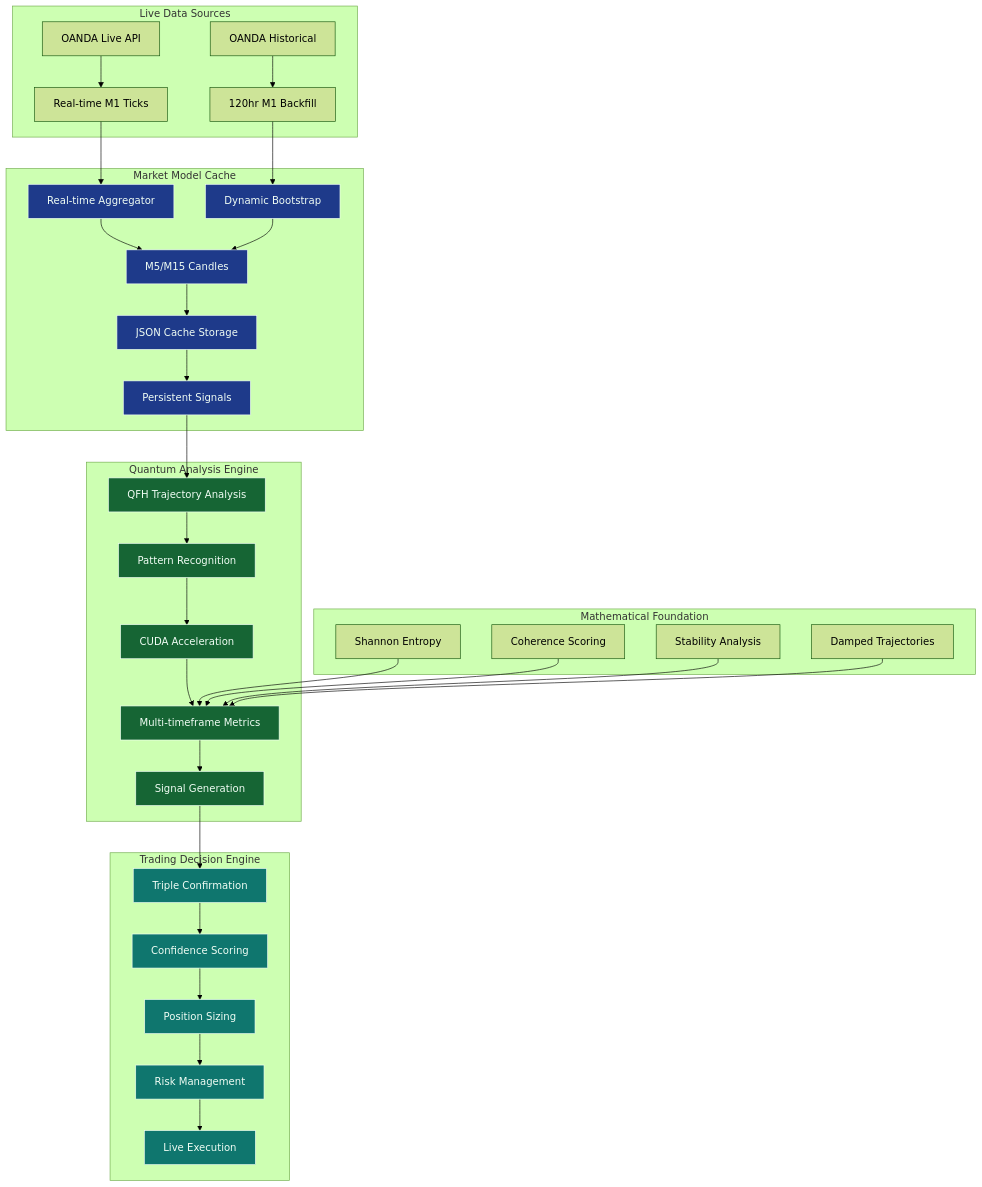
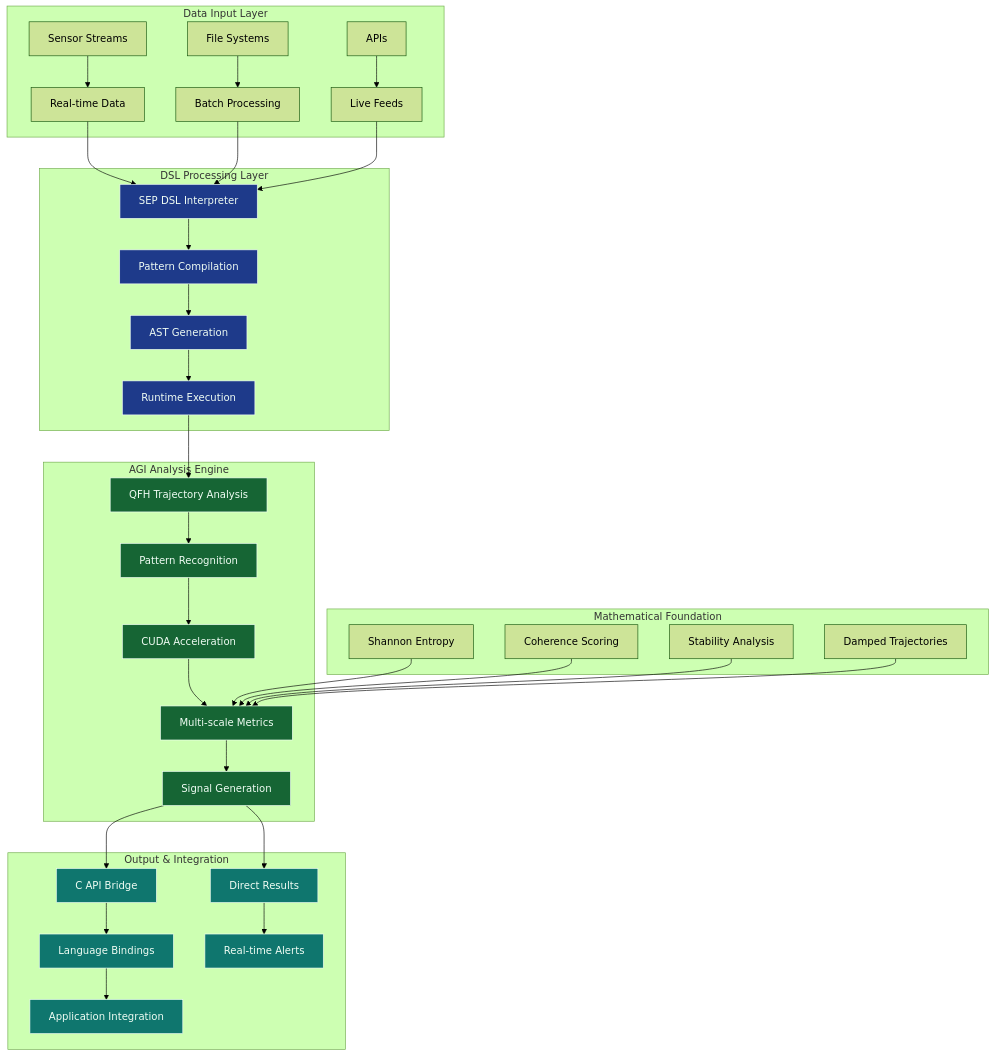
The diagram in commercial_package/README.md (SepDynamics/sep-trader), drawn with Mermaid (forest theme) before and after one commit. The commit also changed other lines of this file and 115 other files, not shown here.

First line of the commit message:
feat(dsl): Implement core language features and engine integration

````diff
--- a/commercial_package/README.md
+++ b/commercial_package/README.md
@@ -9,47 +9,48 @@
 ```mermaid
 graph TB
-    subgraph "Live Data Sources"
-        A[OANDA Live API] --> B[Real-time M1 Ticks]
-        C[OANDA Historical] --> D[120hr M1 Backfill]
+    subgraph "Data Input Layer"
+        A[Sensor Streams] --> B[Real-time Data]
+        C[File Systems] --> D[Batch Processing]
+        E[APIs] --> F[Live Feeds]
     end
     
-    subgraph "Market Model Cache"
-        B --> E[Real-time Aggregator]
-        D --> F[Dynamic Bootstrap]
-        E --> G[M5/M15 Candles]
+    subgraph "DSL Processing Layer"
+        B --> G[SEP DSL Interpreter]
+        D --> G
         F --> G
-        G --> H[JSON Cache Storage]
-        H --> I[Persistent Signals]
+        G --> H[Pattern Compilation]
+        H --> I[AST Generation]
+        I --> J[Runtime Execution]
     end
     
-    subgraph "Quantum Analysis Engine" 
-        I --> J[QFH Trajectory Analysis]
-        J --> K[Pattern Recognition]
-        K --> L[CUDA Acceleration]
-        L --> M[Multi-timeframe Metrics]
-        M --> N[Signal Generation]
+    subgraph "AGI Analysis Engine" 
+        J --> K[QFH Trajectory Analysis]
+        K --> L[Pattern Recognition]
+        L --> M[CUDA Acceleration]
+        M --> N[Multi-scale Metrics]
+        N --> O[Signal Generation]
     end
     
     subgraph "Mathematical Foundation"
-        O[Shannon Entropy] --> M
-        P[Coherence Scoring] --> M
-        Q[Stability Analysis] --> M
-        R[Damped Trajectories] --> M
+        P[Shannon Entropy] --> N
+        Q[Coherence Scoring] --> N
+        R[Stability Analysis] --> N
+        S[Damped Trajectories] --> N
     end
     
-    subgraph "Trading Decision Engine"
-        N --> S[Triple Confirmation]
-        S --> T[Confidence Scoring]
-        T --> U[Position Sizing]
-        U --> V[Risk Management]
-        V --> W[Live Execution]
+    subgraph "Output & Integration"
+        O --> T[C API Bridge]
+        T --> U[Language Bindings]
+        U --> V[Application Integration]
+        O --> W[Direct Results]
+        W --> X[Real-time Alerts]
     end
     
-    classDef cache fill:#1e3a8a,stroke:#f0fdf4,color:#f0fdf4
-    classDef validated fill:#166534,stroke:#f0fdf4,color:#f0fdf4
-    classDef performance fill:#0f766e,stroke:#f0fdf4,color:#f0fdf4
+    classDef dsl fill:#1e3a8a,stroke:#f0fdf4,color:#f0fdf4
+    classDef agi fill:#166534,stroke:#f0fdf4,color:#f0fdf4
+    classDef integration fill:#0f766e,stroke:#f0fdf4,color:#f0fdf4
     
-    class E,F,G,H,I cache
-    class J,K,L,M,N validated
-    class S,T,U,V,W performance
+    class G,H,I,J dsl
+    class K,L,M,N,O agi
+    class T,U,V,W,X integration
 ```
````
